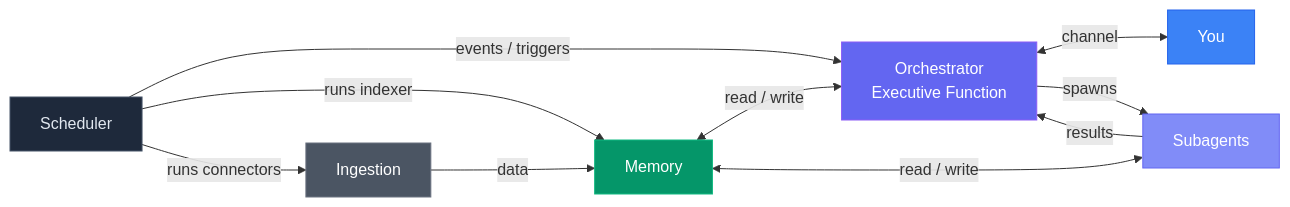
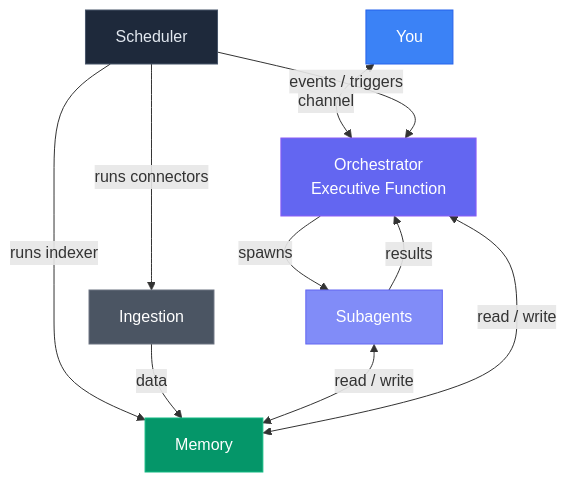
The diagram in README.md (bwelker/Edwin), drawn with Mermaid before and after one commit.

Commit message:
readme: switch mermaid diagram to top-down layout
Avoids GitHub's pan/zoom controls overlapping the right-side nodes.

````diff
--- a/README.md
+++ b/README.md
@@ -103,19 +103,19 @@
 ```mermaid
-graph LR
-    JH[Scheduler] -->|runs connectors| IG[Ingestion]
+graph TD
+    U[You] <-->|channel| LLM[Orchestrator<br/>Executive Function]
+    LLM -->|spawns| SA[Subagents]
+    SA -->|results| LLM
+    JH[Scheduler] -->|events / triggers| LLM
+    JH -->|runs connectors| IG[Ingestion]
     JH -->|runs indexer| MM[Memory]
-    JH -->|events / triggers| LLM[Orchestrator<br/>Executive Function]
     IG -->|data| MM
     MM <-->|read / write| LLM
-    LLM <-->|channel| U[You]
-    LLM -->|spawns| SA[Subagents]
-    SA -->|results| LLM
     SA <-->|read / write| MM
 
     style LLM fill:#6366f1,stroke:#8b5cf6,color:#fff
     style SA fill:#818cf8,stroke:#6366f1,color:#fff
     style MM fill:#059669,stroke:#10b981,color:#fff
     style U fill:#3b82f6,stroke:#2563eb,color:#fff
     style IG fill:#4b5563,stroke:#6b7280,color:#fff
     style JH fill:#1e293b,stroke:#475569,color:#e2e8f0
 ```
````
